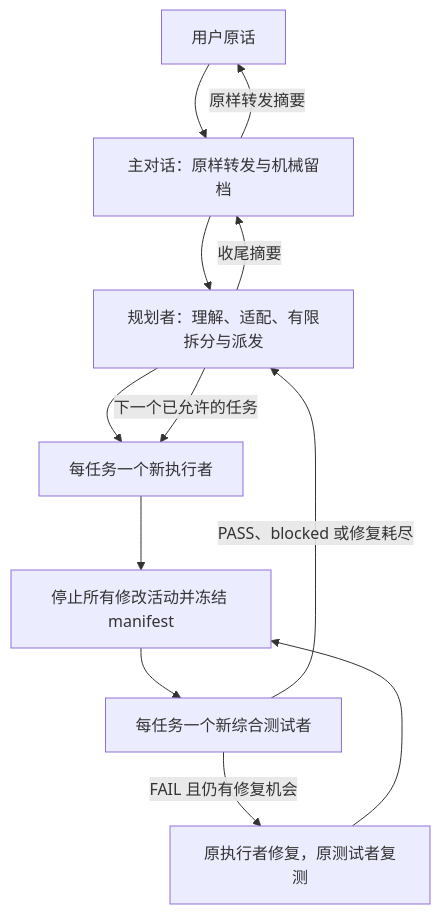
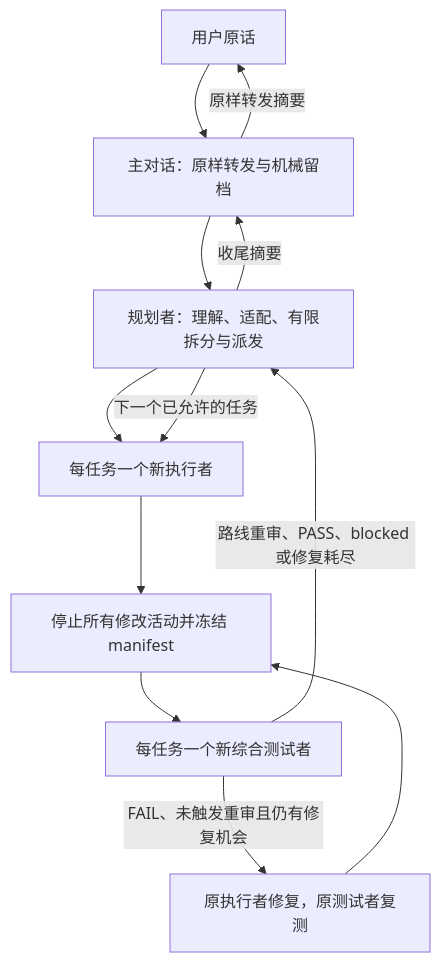
Before and after one commit to chenzhenzhong12138/relay-workflow: the diagram in README.zh-CN.md, drawn with Mermaid. The commit also changed other lines of this file and 16 other files, not shown here.

````diff
--- a/README.zh-CN.md
+++ b/README.zh-CN.md
@@ -62,14 +62,14 @@
 ```mermaid
 flowchart TD
     U[用户原话] --> M[主对话：原样转发与机械留档]
     M --> P[规划者：理解、适配、有限拆分与派发]
     P --> I[每任务一个新执行者]
     I --> F[停止所有修改活动并冻结 manifest]
     F --> T[每任务一个新综合测试者]
-    T -->|FAIL 且仍有修复机会| R[原执行者修复，原测试者复测]
+    T -->|FAIL、未触发重审且仍有修复机会| R[原执行者修复，原测试者复测]
     R --> F
-    T -->|PASS、blocked 或修复耗尽| P
+    T -->|路线重审、PASS、blocked 或修复耗尽| P
     P -->|下一个已允许的任务| I
     P -->|收尾摘要| M
     M -->|原样转发摘要| U
 ```
````
